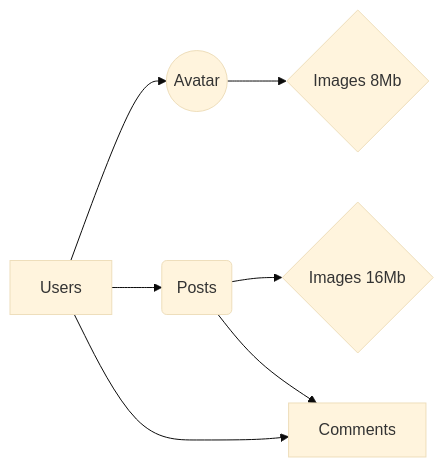
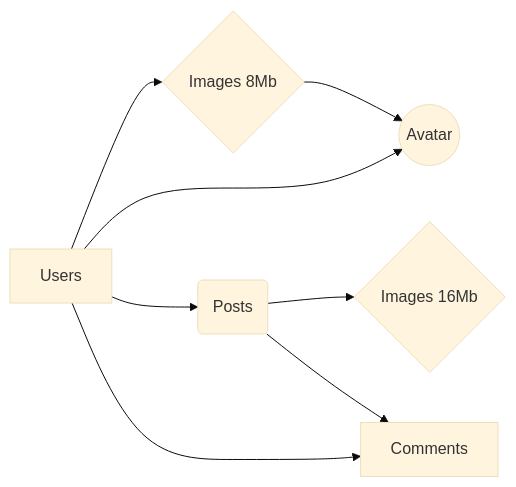
Before and after one commit to lucasbrandini/application-comparison-repo: the diagram in scripts/readme.md, drawn with Mermaid (base theme). The commit also changed 1 other file, not shown here.

Commit message:
Up <> Create Tables
I created tables for the images and improved relationships between tables

````diff
--- a/scripts/readme.md
+++ b/scripts/readme.md
@@ -3,8 +3,9 @@
 ```mermaid
 graph LR
-A[Users] --> B((Avatar)) --> D{Images 8Mb}
+A[Users] --> D{Images 8Mb} --> B((Avatar))
+A --> B
 A --> C(Posts)
 A --> I[Comments]
 C --> E{Images 16Mb}
 C --> I
 ```
````
